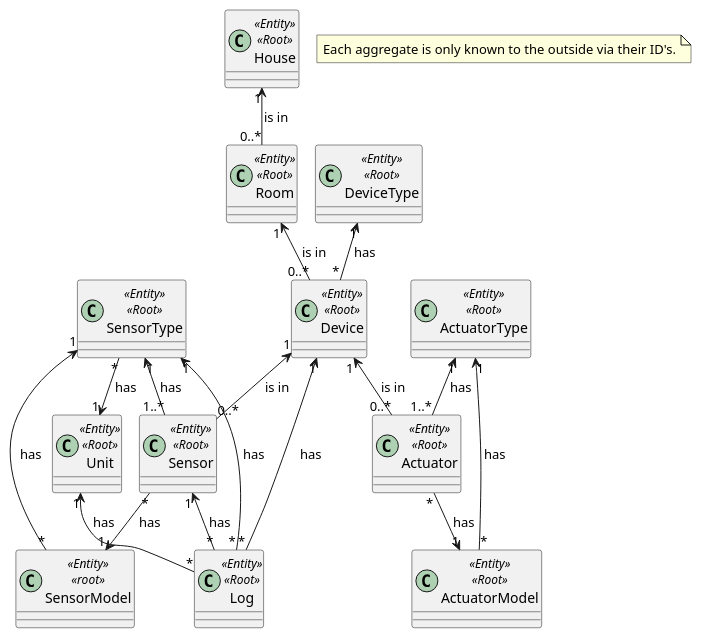
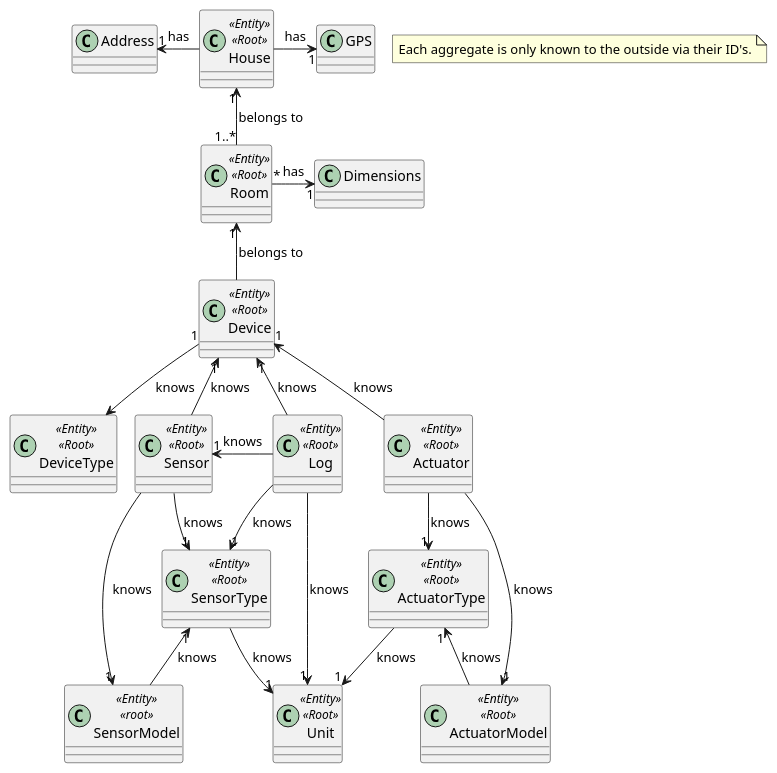
The diagram in docs/ooa/2.domainEntitiesDiagram/domainEntities.puml (olivDiogo/SmartHome), drawn with PlantUML before and after one commit. The commit also changed 3 other files, not shown here.

Commit message:
closes #537 fix: update domain diagrams

```diff
--- a/docs/ooa/2.domainEntitiesDiagram/domainEntities.puml
+++ b/docs/ooa/2.domainEntitiesDiagram/domainEntities.puml
@@ -1,39 +1,45 @@
 @startuml
 !pragma layout smetana
 
 
 class House<<Entity>><<Root>>{}
 class Room<<Entity>><<Root>>{}
 class Device<<Entity>><<Root>>{}
 class DeviceType<<Entity>><<Root>>{}
 class Sensor<<Entity>><<Root>>{}
 class Actuator<<Entity>><<Root>>{}
 class ActuatorType<<Entity>><<Root>>{}
 class ActuatorModel<<Entity>><<Root>>{}
 class SensorType<<Entity>><<Root>>{}
 class SensorModel<<Entity>><<root>>{}
 class Unit<<Entity>><<Root>>{}
 class Log<<Entity>><<Root>>{}
 
 note "Each aggregate is only known to the outside via their ID's." as note
 
 
 
-House "1" <-- "0..*" Room : is in >
-Room "1" <-- "0..*" Device : is in >
-DeviceType "1" <-- "*" Device : has >
-Device "1" <-- "0..*" Sensor : is in >
-Device "1" <-- "0..*" Actuator : is in >
-SensorType "1" <-- "1..*" Sensor : has >
-SensorType "*" --> "1" Unit : has >
-Sensor "*" --> "1" SensorModel : has >
-SensorType "1" <-- "*" SensorModel : has >
-ActuatorType "1" <-- "1..*" Actuator : has >
-ActuatorType "1" <-- "*" ActuatorModel : has  >
-Actuator "*" --> "1" ActuatorModel : has >
-Device "1" <-- "*" Log : has >
-Sensor "1" <-- "*" Log : has >
-Unit "1" <-- "*" Log : has >
-SensorType "1" <-- "*" Log : has >
+House -left-> "1" Address : has
+House -right-> "1" GPS : has
+House "1" <-- "1..*" Room : belongs to
+Room "1" <-- Device : belongs to
+Room "*" -right-> "1" Dimensions : has
+Device "1" <-- Sensor : knows
+Device "1" <-- Actuator : knows
+Device "1" --> DeviceType : knows
+Sensor --> "1" SensorType : knows
+
+Actuator --> "1" ActuatorType : knows
+SensorType "1" <-- SensorModel: knows
+SensorType --> "1" Unit: knows
+ActuatorType "1" <-- ActuatorModel: knows
+ActuatorType --> "1" Unit: knows
+Sensor --> "1" SensorModel : knows
+Actuator --> "1" ActuatorModel : knows
+
+Log -up-> "1" Device : knows
+Log -left-> "1" Sensor : knows
+Log --> "1" SensorType : knows
+Log --> "1" Unit : knows
 
 @enduml
```
